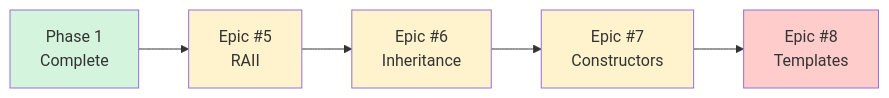
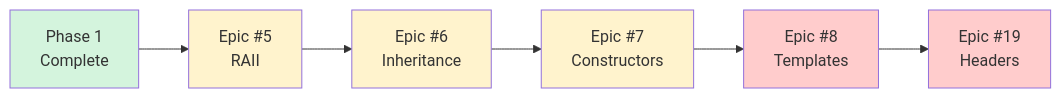
Before and after one commit to o2alexanderfedin/cpp-to-c-transpiler: the third of 10 diagrams in EPICS.md, drawn with Mermaid. The commit also changed other lines of this file and 4 other files, not shown here.

First line of the commit message:
docs: update EPICS.md, ARCHITECTURE.md, and TO-DOS.md after Epic #19 completion

````diff
--- a/EPICS.md
+++ b/EPICS.md
@@ -412,16 +511,18 @@
 ```mermaid
 graph LR
     P1[Phase 1<br/>Complete] --> E5[Epic #5<br/>RAII]
     E5 --> E6[Epic #6<br/>Inheritance]
     E6 --> E7[Epic #7<br/>Constructors]
     E7 --> E8[Epic #8<br/>Templates]
+    E8 --> E19[Epic #19<br/>Headers]
 
     style P1 fill:#d4f4dd
     style E5 fill:#fff3cd
     style E6 fill:#fff3cd
     style E7 fill:#fff3cd
     style E8 fill:#ffcccc
+    style E19 fill:#ffcccc
 
     classDef high fill:#fff3cd
     classDef critical fill:#ffcccc
 ```
````
